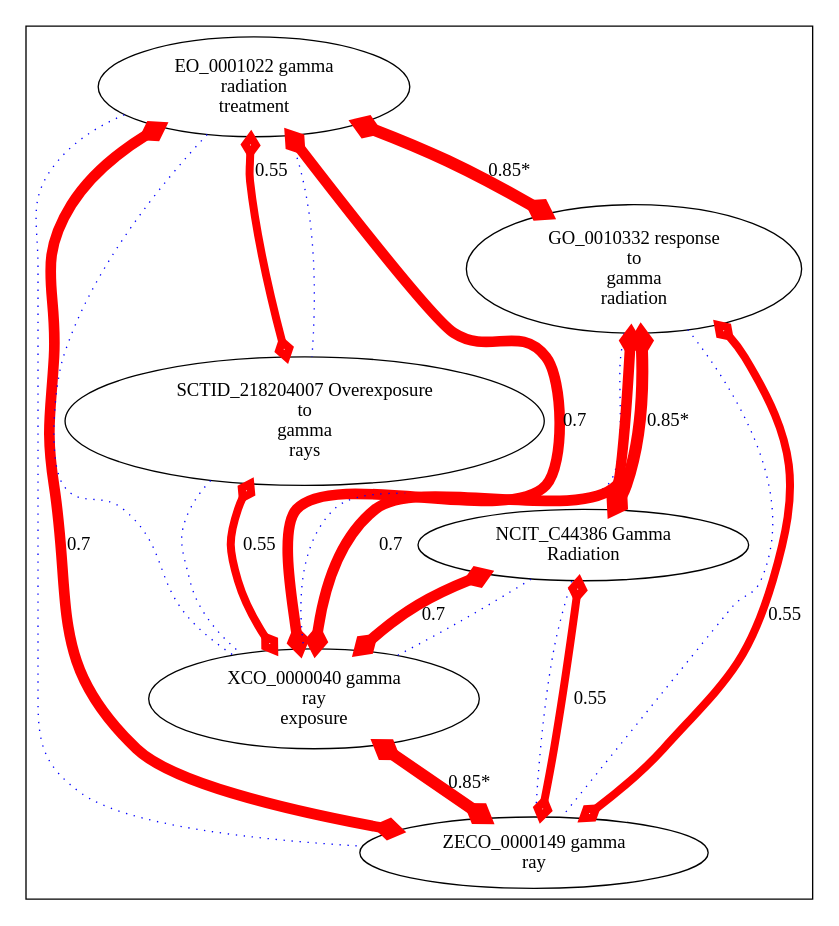
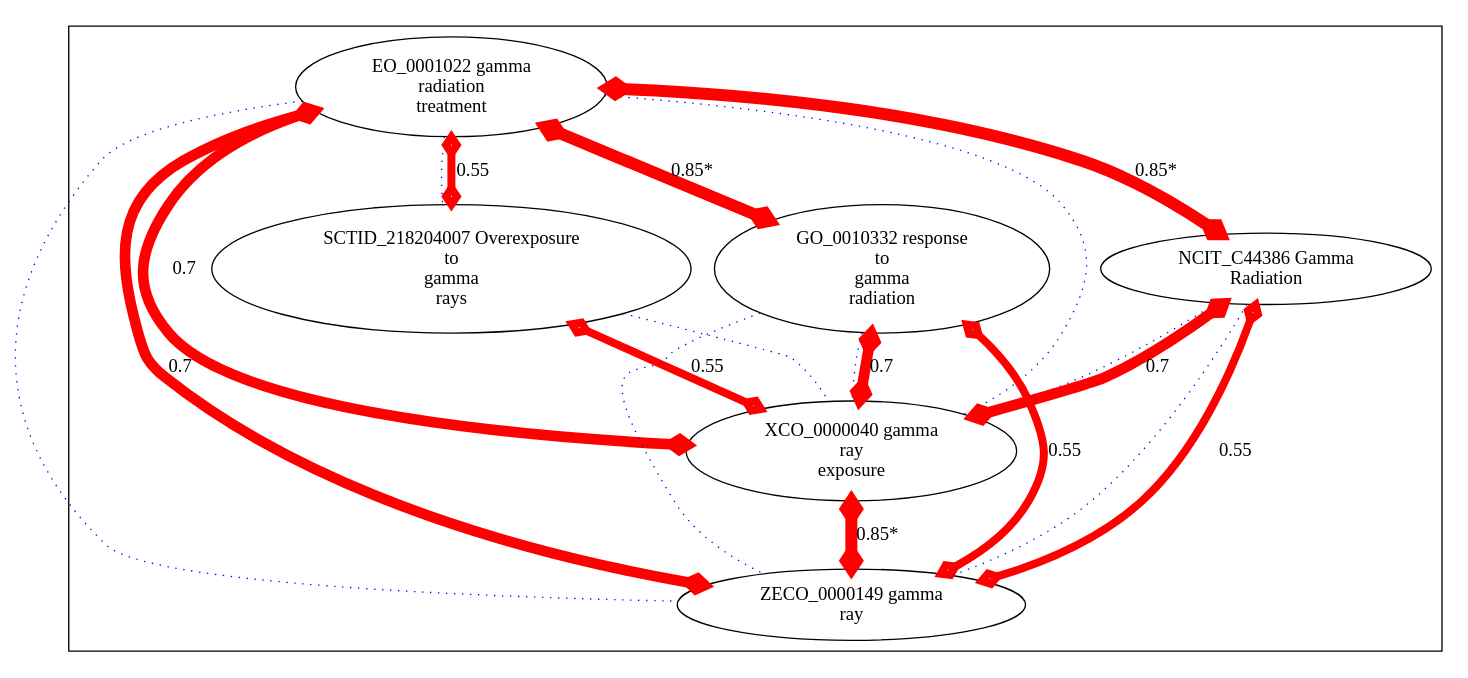
One commit to cmungall/radiation-ontology changed the diagram in target/img-SCTID_218204007.dot. Above: the diagram before and after it, drawn with Graphviz. The commit also changed 28 other files, not shown here.

```diff
--- a/target/img-SCTID_218204007.dot
+++ b/target/img-SCTID_218204007.dot
@@ -1,56 +1,56 @@
 digraph cliquegraph {
 subgraph cluster_SCTID_218204007 {SCTID_218204007 [ label="SCTID_218204007 Overexposure
 to
 gamma
 rays" ];
 ZECO_0000149 [ label="ZECO_0000149 gamma
 ray" ];
 EO_0001022 [ label="EO_0001022 gamma
 radiation
 treatment" ];
 GO_0010332 [ label="GO_0010332 response
 to
 gamma
 radiation" ];
 XCO_0000040 [ label="XCO_0000040 gamma
 ray
 exposure" ];
 NCIT_C44386 [ label="NCIT_C44386 Gamma
 Radiation" ];}
-GO_0010332 -> XCO_0000040 [ arrowhead = none, penwidth=1, color=blue, label="", style=dotted]
+EO_0001022 -> ZECO_0000149 [ arrowhead = none, penwidth=1, color=blue, label="", style=dotted]
 
 EO_0001022 -> SCTID_218204007 [ arrowhead = none, penwidth=1, color=blue, label="", style=dotted]
+
+NCIT_C44386 -> XCO_0000040 [ arrowhead = none, penwidth=1, color=blue, label="", style=dotted]
 
 GO_0010332 -> ZECO_0000149 [ arrowhead = none, penwidth=1, color=blue, label="", style=dotted]
 
 EO_0001022 -> XCO_0000040 [ arrowhead = none, penwidth=1, color=blue, label="", style=dotted]
 
-EO_0001022 -> ZECO_0000149 [ arrowhead = none, penwidth=1, color=blue, label="", style=dotted]
+NCIT_C44386 -> ZECO_0000149 [ arrowhead = none, penwidth=1, color=blue, label="", style=dotted]
 
 SCTID_218204007 -> XCO_0000040 [ arrowhead = none, penwidth=1, color=blue, label="", style=dotted]
 
-NCIT_C44386 -> XCO_0000040 [ arrowhead = none, penwidth=1, color=blue, label="", style=dotted]
-
-NCIT_C44386 -> ZECO_0000149 [ arrowhead = none, penwidth=1, color=blue, label="", style=dotted]
+GO_0010332 -> XCO_0000040 [ arrowhead = none, penwidth=1, color=blue, label="", style=dotted]
 EO_0001022 -> SCTID_218204007 [ arrowhead = ediamond, penwidth=6, color=red, label="0.55", style=solid, arrowtail=ediamond, dir=both]
 
 GO_0010332 -> ZECO_0000149 [ arrowhead = ediamond, penwidth=6, color=red, label="0.55", style=solid, arrowtail=ediamond, dir=both]
 
 NCIT_C44386 -> ZECO_0000149 [ arrowhead = ediamond, penwidth=6, color=red, label="0.55", style=solid, arrowtail=ediamond, dir=both]
 
-GO_0010332 -> NCIT_C44386 [ arrowhead = ediamond, penwidth=9, color=red, label="0.85*", style=solid, arrowtail=ediamond, dir=both]
-
 SCTID_218204007 -> XCO_0000040 [ arrowhead = ediamond, penwidth=6, color=red, label="0.55", style=solid, arrowtail=ediamond, dir=both]
 
 EO_0001022 -> ZECO_0000149 [ arrowhead = ediamond, penwidth=8, color=red, label="0.7", style=solid, arrowtail=ediamond, dir=both]
+
+EO_0001022 -> NCIT_C44386 [ arrowhead = ediamond, penwidth=9, color=red, label="0.85*", style=solid, arrowtail=ediamond, dir=both]
 
 EO_0001022 -> GO_0010332 [ arrowhead = ediamond, penwidth=9, color=red, label="0.85*", style=solid, arrowtail=ediamond, dir=both]
 
 NCIT_C44386 -> XCO_0000040 [ arrowhead = ediamond, penwidth=8, color=red, label="0.7", style=solid, arrowtail=ediamond, dir=both]
 
 XCO_0000040 -> ZECO_0000149 [ arrowhead = ediamond, penwidth=9, color=red, label="0.85*", style=solid, arrowtail=ediamond, dir=both]
 
 GO_0010332 -> XCO_0000040 [ arrowhead = ediamond, penwidth=8, color=red, label="0.7", style=solid, arrowtail=ediamond, dir=both]
 
 EO_0001022 -> XCO_0000040 [ arrowhead = ediamond, penwidth=8, color=red, label="0.7", style=solid, arrowtail=ediamond, dir=both]
 }
```
